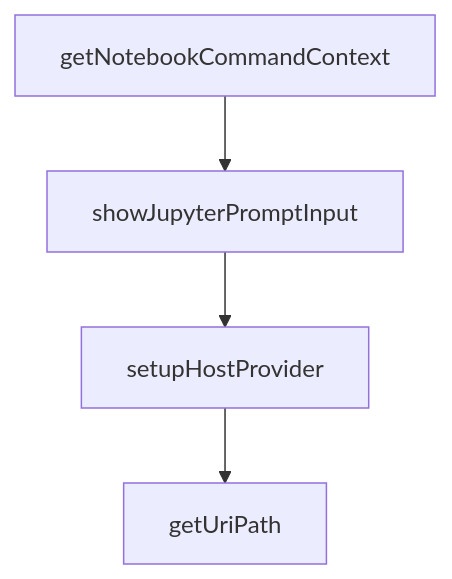
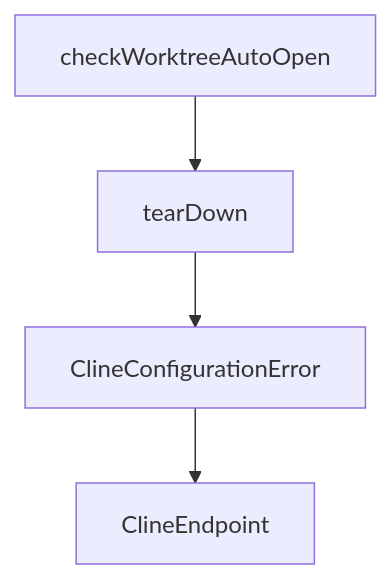
The second of 2 diagrams in tutorials/cline-tutorial/02-agent-workflow.md (johnxie/awesome-code-docs), drawn with Mermaid before and after one commit. The commit also changed other lines of this file and 1232 other files, not shown here.

````diff
--- a/tutorials/cline-tutorial/02-agent-workflow.md
+++ b/tutorials/cline-tutorial/02-agent-workflow.md
@@ -301,10 +291,10 @@
 ```mermaid
 flowchart TD
-    A[getNotebookCommandContext]
-    B[showJupyterPromptInput]
-    C[setupHostProvider]
-    D[getUriPath]
+    A[checkWorktreeAutoOpen]
+    B[tearDown]
+    C[ClineConfigurationError]
+    D[ClineEndpoint]
     A --> B
     B --> C
     C --> D
 ```
````
